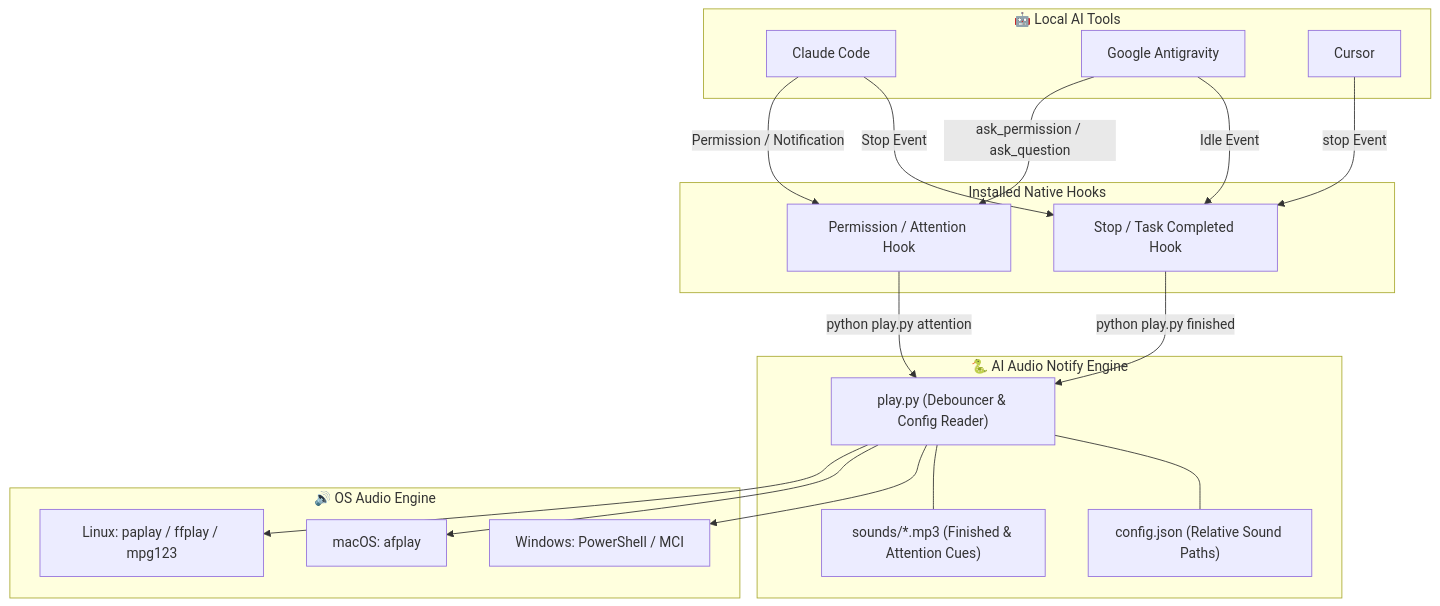
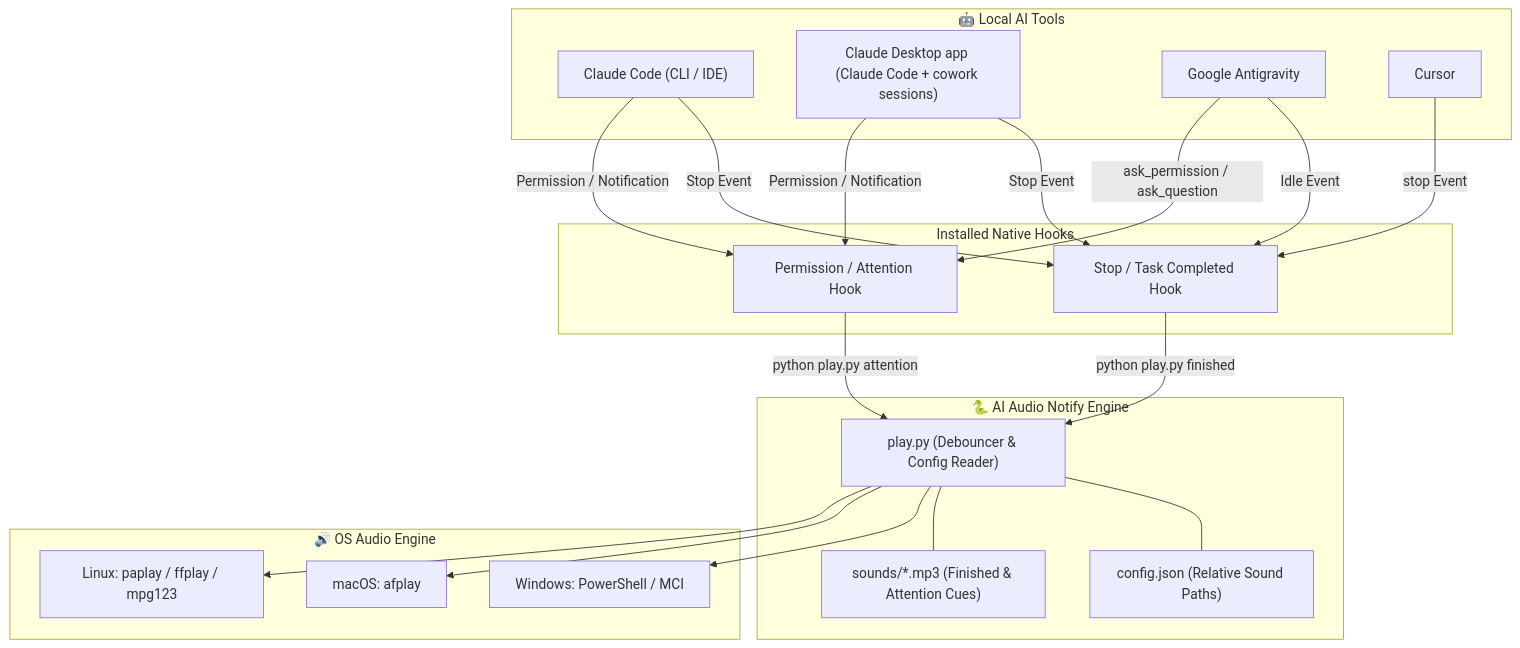
The diagram in README.md (VihaanMa11/ai-audio-notify), drawn with Mermaid before and after one commit. The commit also changed other lines of this file and 7 other files, not shown here.

First line of the commit message:
Add Claude Desktop app support and fix Notification matcher

````diff
--- a/README.md
+++ b/README.md
@@ -53,38 +53,41 @@
 ```mermaid
 flowchart TD
     subgraph AITools ["🤖 Local AI Tools"]
-        CC["Claude Code"]
+        CC["Claude Code (CLI / IDE)"]
+        CD["Claude Desktop app (Claude Code + cowork sessions)"]
         AG["Google Antigravity"]
         CR["Cursor"]
     end
 
     subgraph Hooks ["Installed Native Hooks"]
         H_Stop["Stop / Task Completed Hook"]
         H_Attn["Permission / Attention Hook"]
     end
 
     subgraph CoreEngine ["🐍 AI Audio Notify Engine"]
         PlayPy["play.py (Debouncer & Config Reader)"]
         Config["config.json (Relative Sound Paths)"]
         AudioFiles["sounds/*.mp3 (Finished & Attention Cues)"]
     end
 
     subgraph AudioDriver ["🔊 OS Audio Engine"]
         Win["Windows: PowerShell / MCI"]
         Mac["macOS: afplay"]
         Nix["Linux: paplay / ffplay / mpg123"]
     end
 
     CC -->|Stop Event| H_Stop
     CC -->|Permission / Notification| H_Attn
+    CD -->|Stop Event| H_Stop
+    CD -->|Permission / Notification| H_Attn
     AG -->|Idle Event| H_Stop
     AG -->|ask_permission / ask_question| H_Attn
     CR -->|stop Event| H_Stop
 
     H_Stop -->|"python play.py finished"| PlayPy
     H_Attn -->|"python play.py attention"| PlayPy
 
     PlayPy --- Config
     PlayPy --- AudioFiles
     PlayPy --> Win & Mac & Nix
 ```
````
